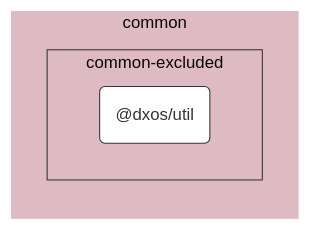
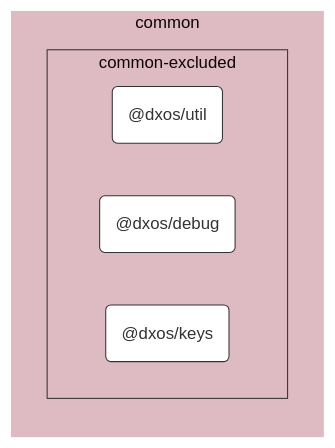
Before and after one commit to dxos/dxos: the diagram in packages/common/util/docs/README.md, drawn with Mermaid (base theme). The commit also changed 69 other files, not shown here.

````diff
--- a/packages/common/util/docs/README.md
+++ b/packages/common/util/docs/README.md
@@ -7,24 +7,28 @@
 ```mermaid
 %%{ init: {'flowchart':{'curve':'basis'}} }%%
 
 flowchart LR
 
 %% Classes
 classDef def fill:#fff,stroke:#333,stroke-width:1px
 classDef root fill:#fff,stroke:#333,stroke-width:4px
 
 %% Nodes
 
 subgraph common [common]
   style common fill:#debac2,stroke:#fff
 
   subgraph common-excluded [common-excluded]
     style common-excluded fill:#debac2,stroke:#333,stroke-dashed:5 5
     dxos/util("@dxos/util"):::def
     click dxos/util "dxos/dxos/tree/main/packages/common/util/docs"
+    dxos/debug("@dxos/debug"):::def
+    click dxos/debug "dxos/dxos/tree/main/packages/common/debug/docs"
+    dxos/keys("@dxos/keys"):::def
+    click dxos/keys "dxos/dxos/tree/main/packages/common/keys/docs"
   end
 end
 
 %% Links
 linkStyle default stroke:#333,stroke-width:1px
 ```
````
